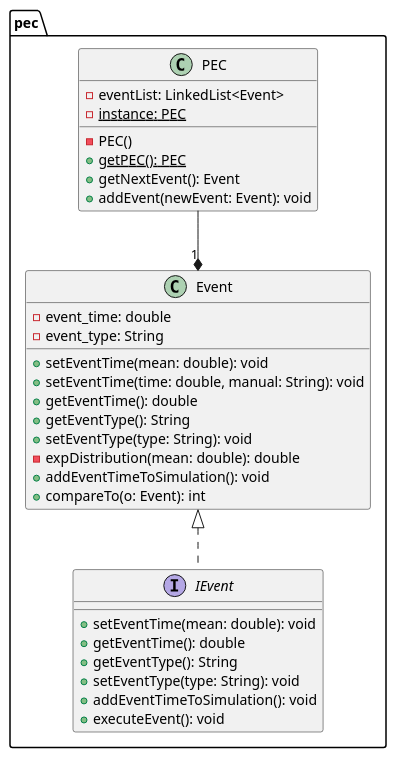
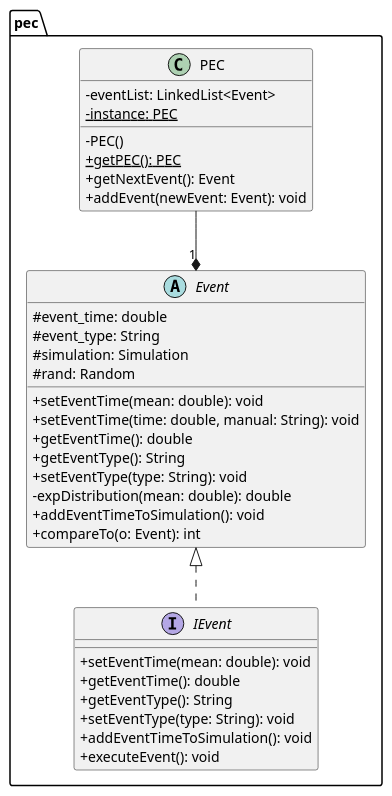
One commit to fredericocascais/oop-project changed the diagram in uml/pec.puml. Above: the diagram before and after it, drawn with PlantUML. The commit also changed 117 other files, not shown here.

```diff
--- a/uml/pec.puml
+++ b/uml/pec.puml
@@ -1,39 +1,43 @@
 @startuml
+skinparam classAttributeIconSize 0
 
 package pec {
-    class Event {
-        -event_time: double
-        -event_type: String
-        +setEventTime(mean: double): void
-        +setEventTime(time: double, manual: String): void
-        +getEventTime(): double
-        +getEventType(): String
-        +setEventType(type: String): void
-        -expDistribution(mean: double): double
-        +addEventTimeToSimulation(): void
-        +compareTo(o: Event): int
-    }
+    abstract class Event {
+    # event_time: double
+    # event_type: String
+    # simulation: Simulation
+    # rand: Random
+
+    + setEventTime(mean: double): void
+    + setEventTime(time: double, manual: String): void
+    + getEventTime(): double
+    + getEventType(): String
+    + setEventType(type: String): void
+    - expDistribution(mean: double): double
+    + addEventTimeToSimulation(): void
+    + compareTo(o: Event): int
+  }
 
     interface IEvent {
         +setEventTime(mean: double): void
         +getEventTime(): double
         +getEventType(): String
         +setEventType(type: String): void
         +addEventTimeToSimulation(): void
         +executeEvent(): void
     }
 
     class PEC {
         -eventList: LinkedList<Event>
         {static} -instance: PEC
         - PEC()
         {static} + getPEC(): PEC
         + getNextEvent(): Event
         + addEvent(newEvent: Event): void
     }
 }
 
 Event <|.. IEvent
 PEC --* "1" Event
 
 @enduml
```
